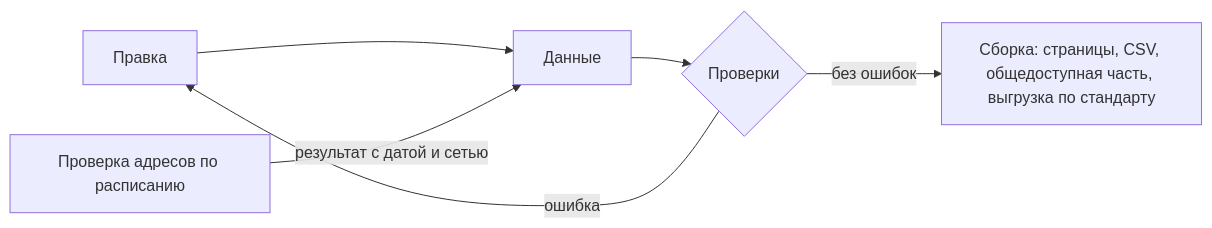
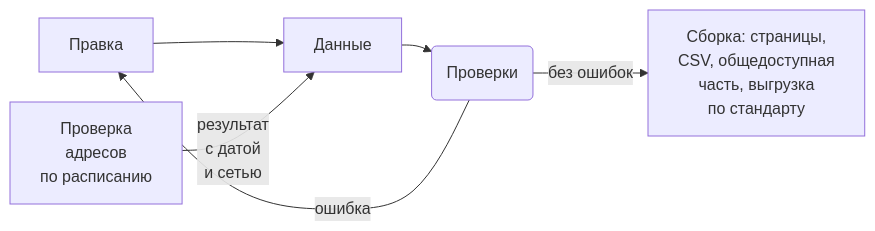
Before and after one commit to ivbeg/data-inventory: the second of 2 diagrams in docs/06-tools/03-registry-as-data.md, drawn with Mermaid. The commit also changed other lines of this file and 34 other files, not shown here.

First line of the commit message:
Читаемая карта от продукта и единый размер схем в PDF

````diff
--- a/docs/06-tools/03-registry-as-data.md
+++ b/docs/06-tools/03-registry-as-data.md
@@ -165,8 +175,16 @@
 ```mermaid
+---
+config:
+  layout: dagre
+  flowchart:
+    rankSpacing: 30
+    nodeSpacing: 30
+    minNodeWidth: 40
+---
 flowchart LR
   E["Правка"] --> D["Данные"]
-  A["Проверка адресов по расписанию"] -- "результат с датой и сетью" --> D
-  D --> C{"Проверки"}
+  A["Проверка<br/>адресов<br/>по расписанию"] -- "результат<br/>с датой<br/>и сетью" --> D
+  D --> C("Проверки")
   C -- "ошибка" --> E
-  C -- "без ошибок" --> B["Сборка: страницы, CSV, общедоступная часть, выгрузка по стандарту"]
+  C -- "без ошибок" --> B["Сборка: страницы,<br/>CSV, общедоступная<br/>часть, выгрузка<br/>по стандарту"]
 ```
````
